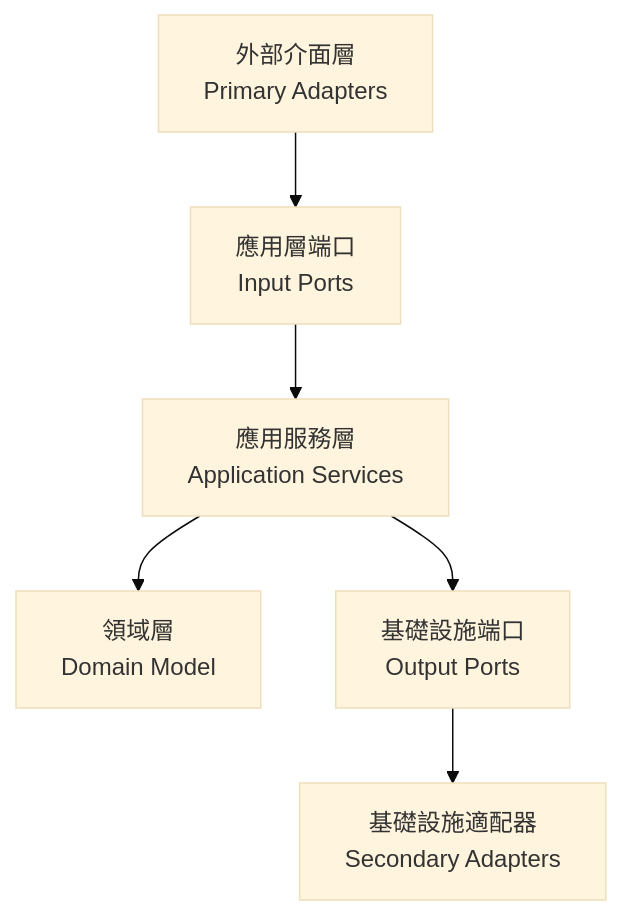
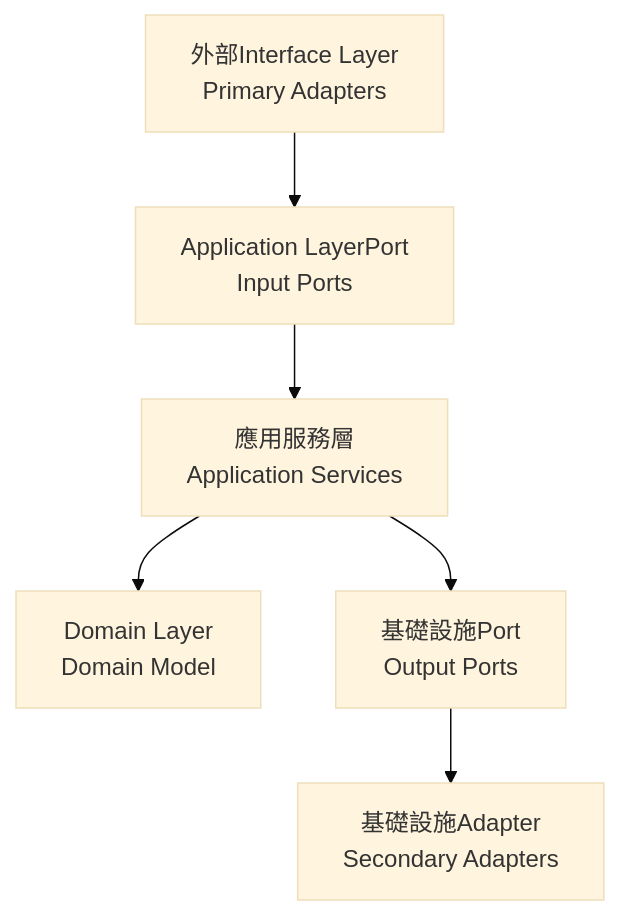
The second of 2 diagrams in docs/en/architecture/layered-architecture-design.md (humank/genai-demo), drawn with Mermaid (base theme) before and after one commit. The commit also changed other lines of this file and 583 other files, not shown here.

````diff
--- a/docs/en/architecture/layered-architecture-design.md
+++ b/docs/en/architecture/layered-architecture-design.md
@@ -185,8 +183,8 @@
 ```mermaid
 graph TD
-    A[外部介面層<br/>Primary Adapters] --> B[應用層端口<br/>Input Ports]
+    A[外部Interface Layer<br/>Primary Adapters] --> B[Application LayerPort<br/>Input Ports]
     B --> C[應用服務層<br/>Application Services]
-    C --> D[領域層<br/>Domain Model]
-    C --> E[基礎設施端口<br/>Output Ports]
-    E --> F[基礎設施適配器<br/>Secondary Adapters]
+    C --> D[Domain Layer<br/>Domain Model]
+    C --> E[基礎設施Port<br/>Output Ports]
+    E --> F[基礎設施Adapter<br/>Secondary Adapters]
 ```
````
